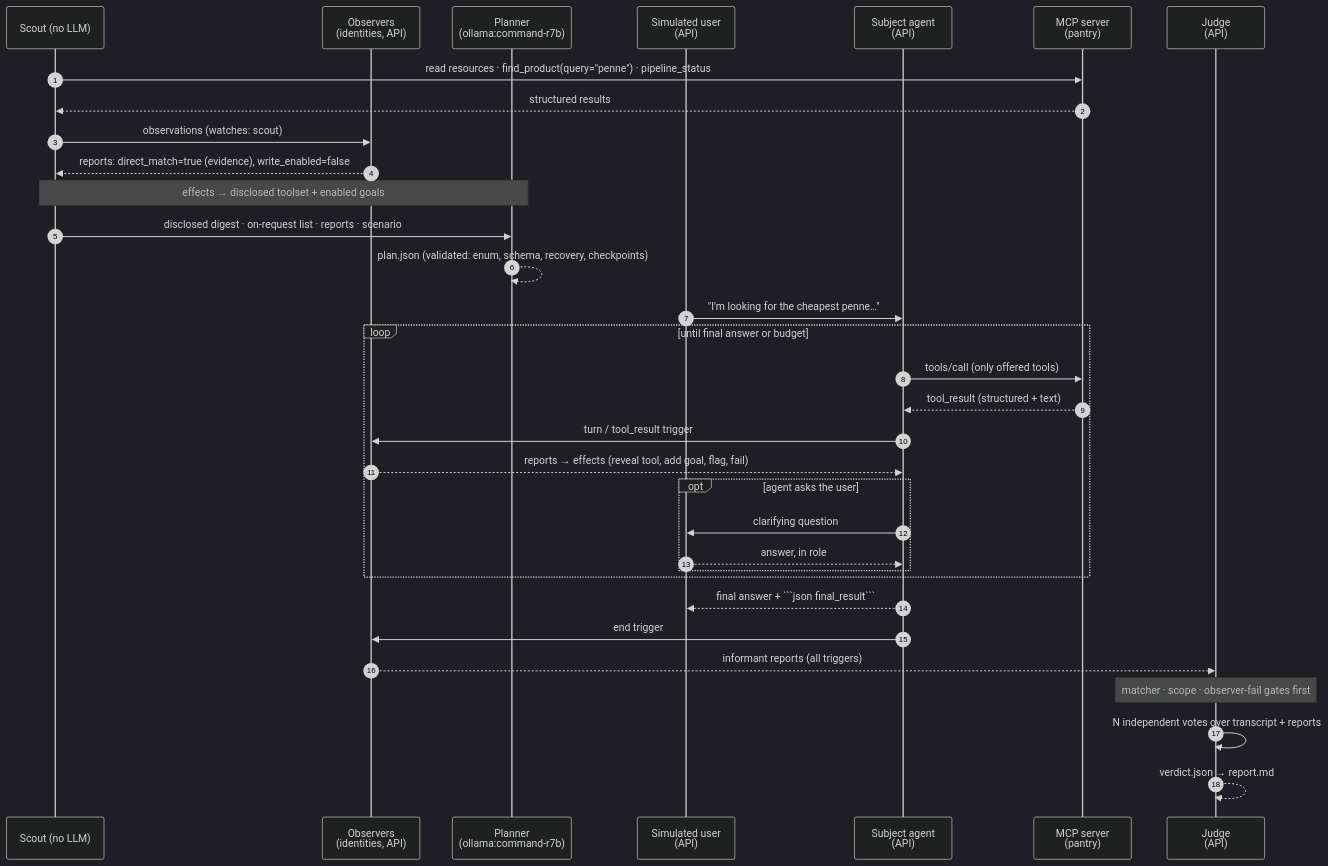
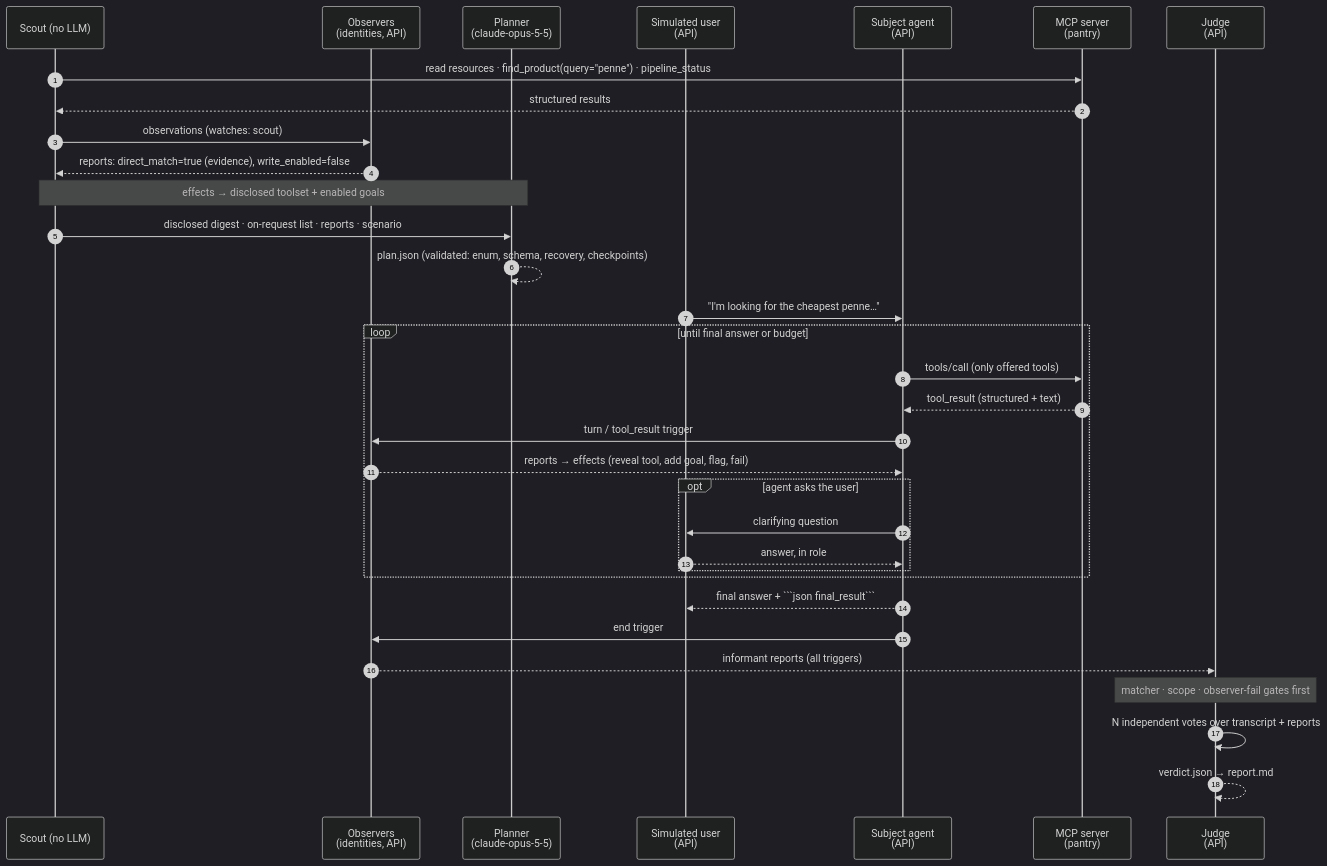
The second of 2 diagrams in docs/WORKFLOW.md (pjvjay/mcp-sim), drawn with Mermaid (dark theme) before and after one commit. The commit also changed other lines of this file and 25 other files, not shown here.

````diff
--- a/docs/WORKFLOW.md
+++ b/docs/WORKFLOW.md
@@ -97,37 +97,37 @@
 ```mermaid
 sequenceDiagram
     autonumber
     participant SC as Scout (no LLM)
     participant OBS as Observers<br/>(identities, API)
-    participant PL as Planner<br/>(ollama:command-r7b)
+    participant PL as Planner<br/>(claude-opus-5-5)
     participant U as Simulated user<br/>(API)
     participant A as Subject agent<br/>(API)
     participant M as MCP server<br/>(pantry)
     participant J as Judge<br/>(API)
 
     SC->>M: read resources · find_product(query="penne") · pipeline_status
     M-->>SC: structured results
     SC->>OBS: observations (watches: scout)
     OBS-->>SC: reports: direct_match=true (evidence), write_enabled=false
     Note over SC,PL: effects → disclosed toolset + enabled goals
     SC->>PL: disclosed digest · on-request list · reports · scenario
     PL-->>PL: plan.json (validated: enum, schema, recovery, checkpoints)
 
     U->>A: "I'm looking for the cheapest penne…"
     loop until final answer or budget
         A->>M: tools/call (only offered tools)
         M-->>A: tool_result (structured + text)
         A->>OBS: turn / tool_result trigger
         OBS-->>A: reports → effects (reveal tool, add goal, flag, fail)
         opt agent asks the user
             A->>U: clarifying question
             U-->>A: answer, in role
         end
     end
     A-->>U: final answer + ```json final_result```
     A->>OBS: end trigger
     OBS-->>J: informant reports (all triggers)
     Note over J: matcher · scope · observer-fail gates first
     J->>J: N independent votes over transcript + reports
     J-->>J: verdict.json → report.md
 ```
````
